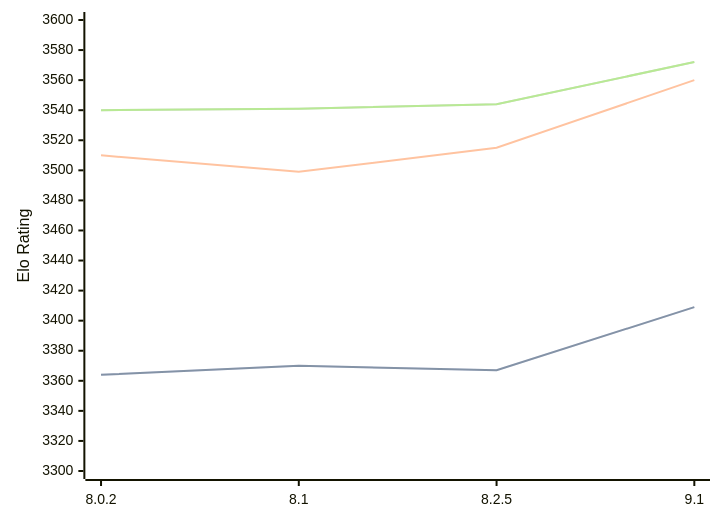
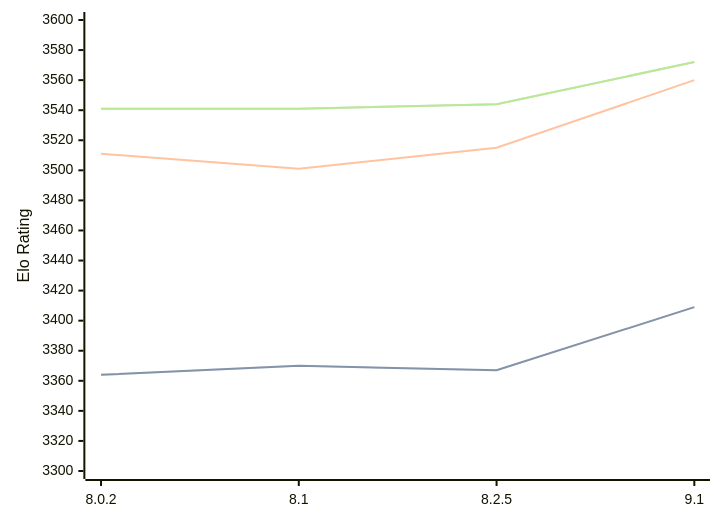
One commit to computer-chess-index/cci changed the diagram in engines/Clover.md. Above: the diagram before and after it, drawn with Mermaid. The commit also changed other lines of this file, not shown here.

Commit message:
Update CCI Ratings (ELO VLTC) - 2026-04-12

````diff
--- a/engines/Clover.md
+++ b/engines/Clover.md
@@ -64,11 +64,11 @@
 ```mermaid
 %%{init: {"theme":"base","themeVariables":{"seriesColors:['#a3a3a3','#222221','#faa371']}}}%%
 xychart-beta
   x-axis ["8.0.2", "8.1", "8.2.5", "9.1"]
   y-axis "Elo Rating" 3300 --> 3600
   line "STC (8.0+0.08s)" [3364, 3370, 3367, 3409]
   line "STC (8.0+0.08s)" [3364, 3370, 3367, 3409]
-  line "LTC (60.0+0.60s)" [3510, 3499, 3515, 3560]
-  line "VLTC (2m24s+1.12s)" [3540, 3541, 3544, 3572]
-  line "VLTC (2m24s+1.12s)" [3540, 3541, 3544, 3572]
+  line "LTC (60.0+0.60s)" [3511, 3501, 3515, 3560]
+  line "VLTC (2m24s+1.12s)" [3541, 3541, 3544, 3572]
+  line "VLTC (2m24s+1.12s)" [3541, 3541, 3544, 3572]
 ```
````
